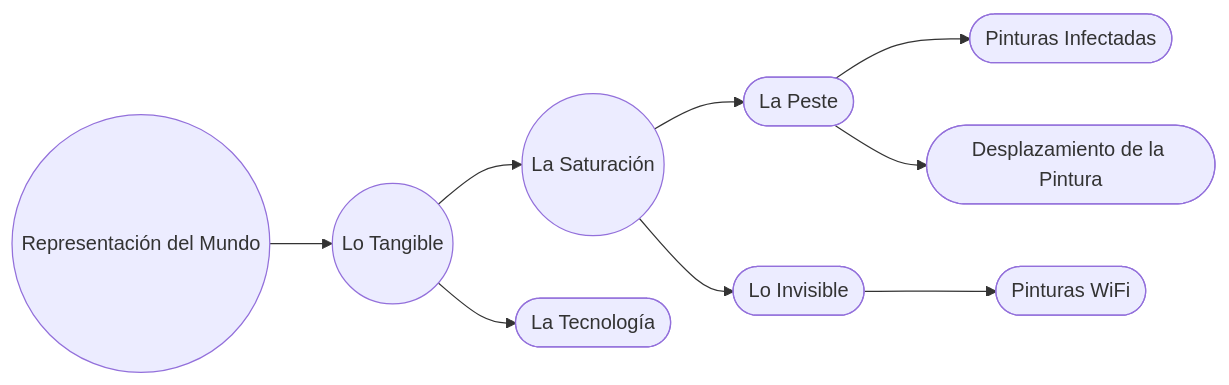
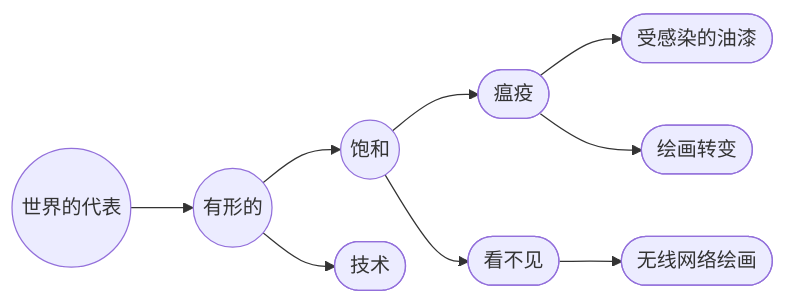
The diagram in CHN/saturacion.md (EGGS-Artesvisuales/EGGS-Artesvisuales.github.io), drawn with Mermaid before and after one commit. The commit also changed other lines of this file and 43 other files, not shown here.

```diff
--- a/CHN/saturacion.md
+++ b/CHN/saturacion.md
@@ -38,31 +38,31 @@
 <div class="mermaid">
 flowchart LR
-  RM((Representación del Mundo))
-  LT((Lo Tangible))
-  LS((La Saturación))
-  LTec([La Tecnología])
-  LP([La Peste])
-  LI([Lo Invisible])
-  P([Pinturas Infectadas])
-  DP([Desplazamiento de la Pintura])
-  PL([Pinturas WiFi])
+  RM((世界的代表))
+  LT((有形的))
+  LS((饱和))
+  LTec([技术])
+  LP([瘟疫])
+  LI([看不见])
+  P([受感染的油漆])
+  DP([绘画转变])
+  PL([无线网络绘画])
 
   RM --> LT
   LT --> LS
   LT --> LTec
   LS --> LP
   LS --> LI
   LP --> P
   LP --> DP
   LI --> PL
 
-  click RM "/CHN/mundo-exterior.html" "Ir a Representación del Mundo"
-  click LT "/CHN/tangible.html" "Ir a Lo Tangible"
-  click LS "/CHN/saturacion.html" "Ir a La Saturación"
-  click LTec "/CHN/en-construccion.html" "Ir a La Tecnología"
-  click LP "/CHN/la-peste.html" "Ir a La Peste"
-  click LI "/CHN/lo-invisible.html" "Ir a Lo Invisible"
-  click P "/CHN/peste-pinturas-infectadas.html" "Ir a Pinturas Infectadas"
-  click DP "/CHN/desplazamiento-pintura.html" "Ir a Desplazamiento de la Pintura"
-  click PL "/CHN/pinturas-wifi.html" "Ir a Pinturas wi fi"
+  click RM "/CHN/mundo-exterior.html" "前往世界代表"
+  click LT "/CHN/tangible.html" "走向有形"
+  click LS "/CHN/saturacion.html" "转到饱和度"
+  click LTec "/CHN/en-construccion.html" "前往技术"
+  click LP "/CHN/la-peste.html" "前往瘟疫"
+  click LI "/CHN/lo-invisible.html" "前往看不见的地方"
+  click P "/CHN/peste-pinturas-infectadas.html" "前往受感染的画作"
+  click DP "/CHN/desplazamiento-pintura.html" "转到绘画变换"
+  click PL "/CHN/pinturas-wifi.html" "前往 Wi-Fi 绘画"
 </div>
```
